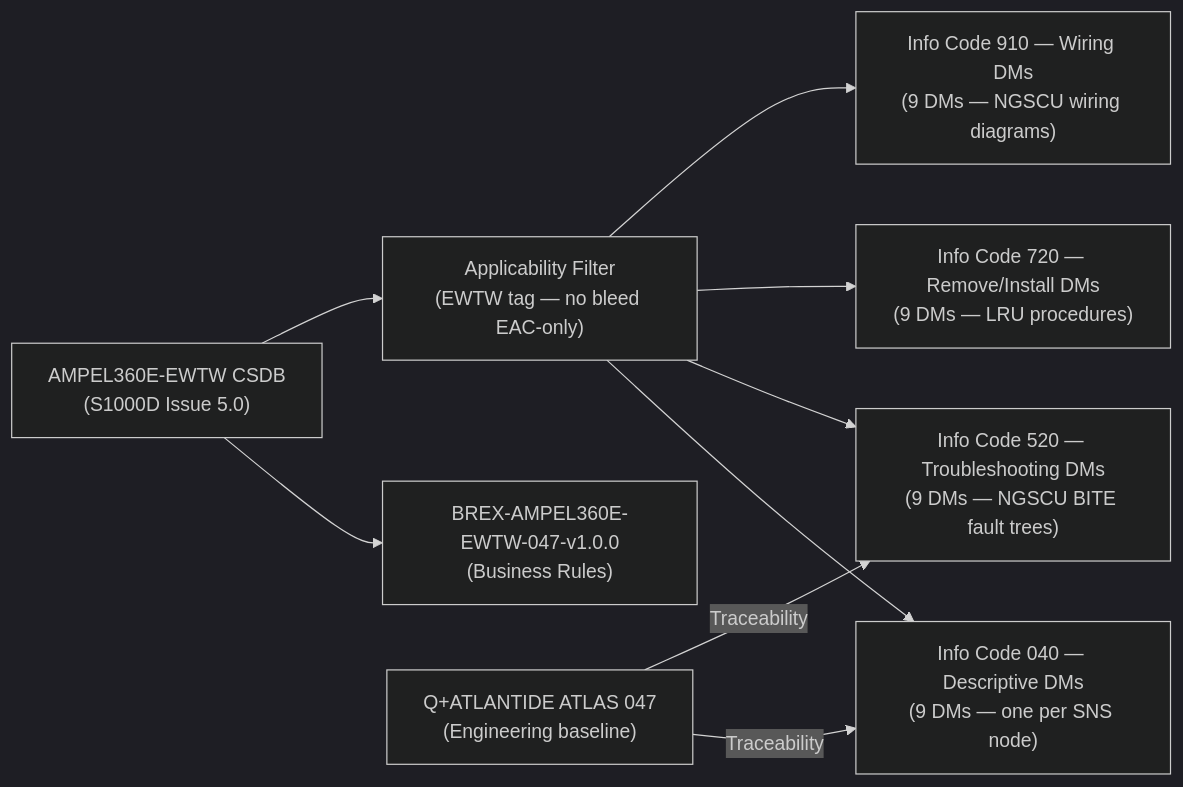
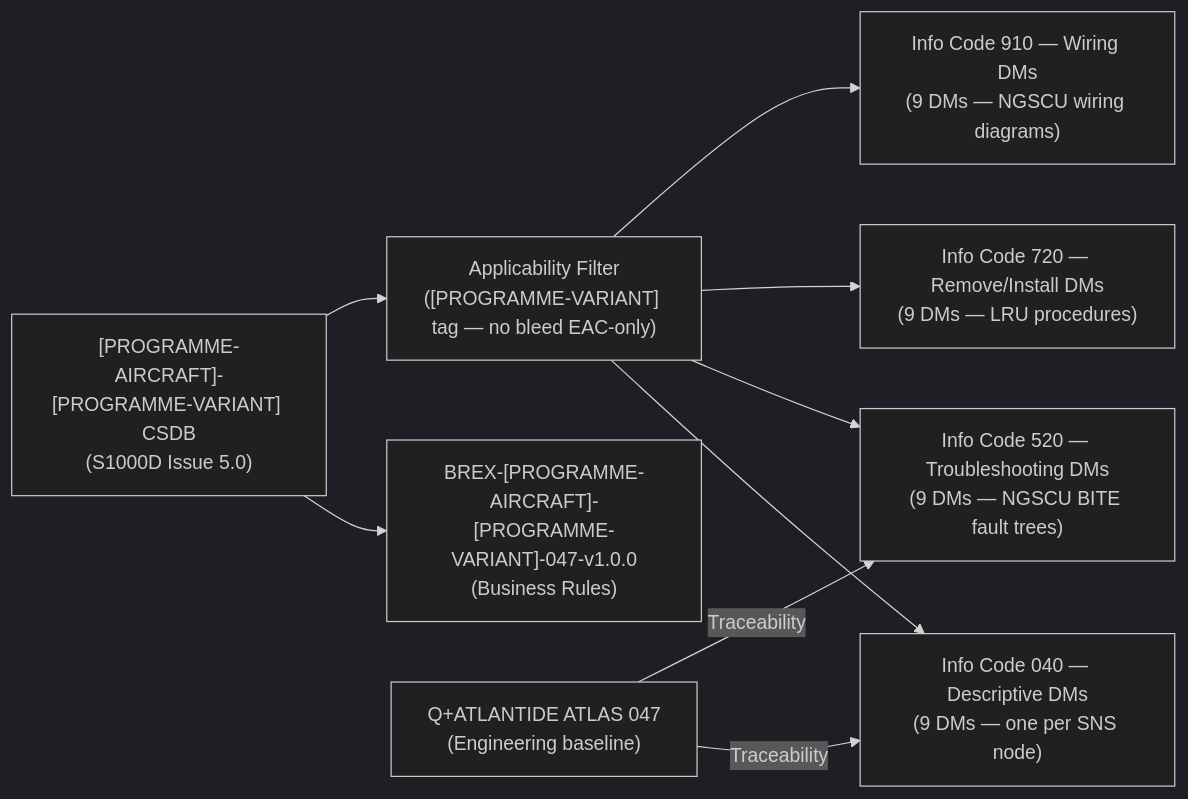
One commit to AmedeoPelliccia/Qplus-For-All-Queer-People-and-Quantum changed the second of 3 diagrams in Q+ATLANTIDE/000-099_ATLAS/040-049_Avionica-Informacion-y-APU/047_Nitrogen-Generation-System/047-090-S1000D-CSDB-Mapping-and-Traceability.md. Above: the diagram before and after it, drawn with Mermaid (dark theme). The commit also changed other lines of this file and 676 other files, not shown here.

First line of the commit message:
feat: de-programmatize all ATLAS standard files — remove AMPEL360E/eWTW programme content

````diff
--- a/Q+ATLANTIDE/000-099_ATLAS/040-049_Avionica-Informacion-y-APU/047_Nitrogen-Generation-System/047-090-S1000D-CSDB-Mapping-and-Traceability.md
+++ b/Q+ATLANTIDE/000-099_ATLAS/040-049_Avionica-Informacion-y-APU/047_Nitrogen-Generation-System/047-090-S1000D-CSDB-Mapping-and-Traceability.md
@@ -152,19 +154,19 @@
 ```mermaid
 graph LR
-    CSDB["AMPEL360E-EWTW CSDB\n(S1000D Issue 5.0)"]
-    BREX["BREX-AMPEL360E-EWTW-047-v1.0.0\n(Business Rules)"]
-    APPLIC["Applicability Filter\n(EWTW tag — no bleed EAC-only)"]
+    CSDB["[PROGRAMME-AIRCRAFT]-[PROGRAMME-VARIANT] CSDB\n(S1000D Issue 5.0)"]
+    BREX["BREX-[PROGRAMME-AIRCRAFT]-[PROGRAMME-VARIANT]-047-v1.0.0\n(Business Rules)"]
+    APPLIC["Applicability Filter\n([PROGRAMME-VARIANT] tag — no bleed EAC-only)"]
     DM_040["Info Code 040 — Descriptive DMs\n(9 DMs — one per SNS node)"]
     DM_520["Info Code 520 — Troubleshooting DMs\n(9 DMs — NGSCU BITE fault trees)"]
     DM_720["Info Code 720 — Remove/Install DMs\n(9 DMs — LRU procedures)"]
     DM_910["Info Code 910 — Wiring DMs\n(9 DMs — NGSCU wiring diagrams)"]
     ATLAS["Q+ATLANTIDE ATLAS 047\n(Engineering baseline)"]
     CSDB --> BREX
     CSDB --> APPLIC
     APPLIC --> DM_040
     APPLIC --> DM_520
     APPLIC --> DM_720
     APPLIC --> DM_910
     ATLAS -->|Traceability| DM_040
     ATLAS -->|Traceability| DM_520
 ```
````
